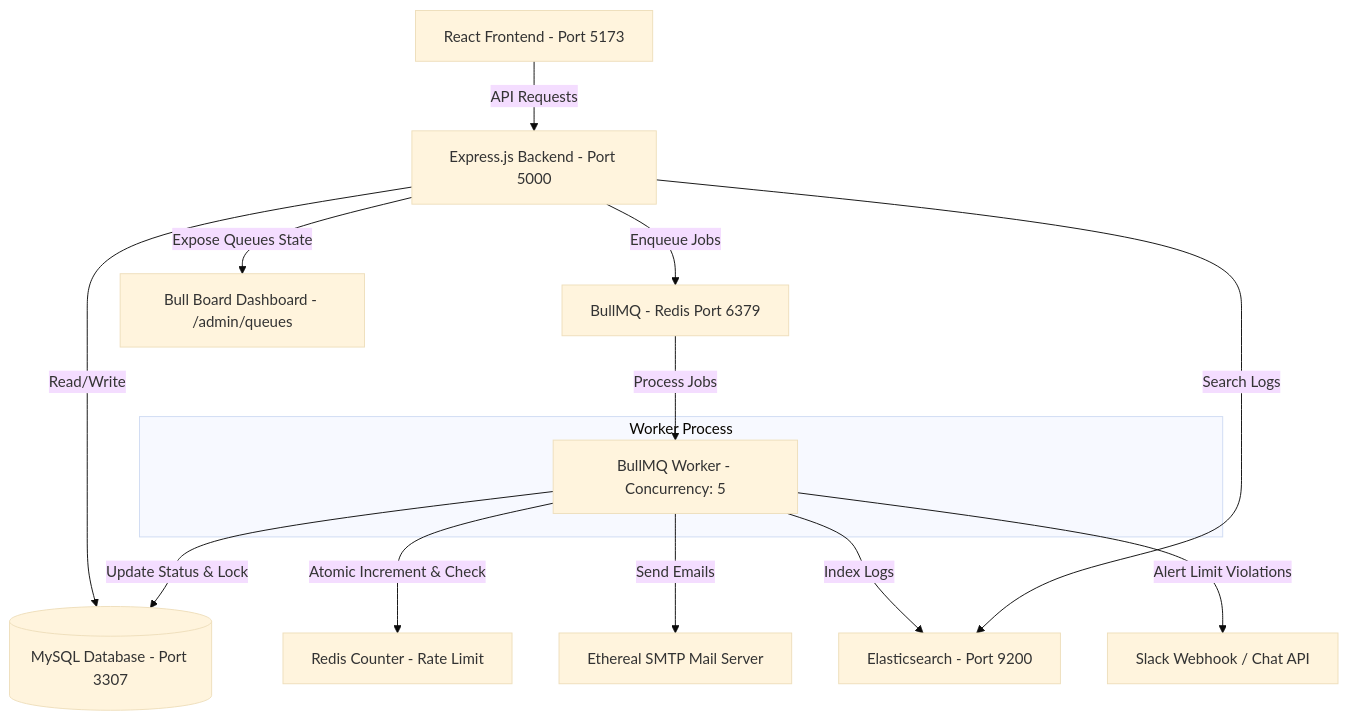
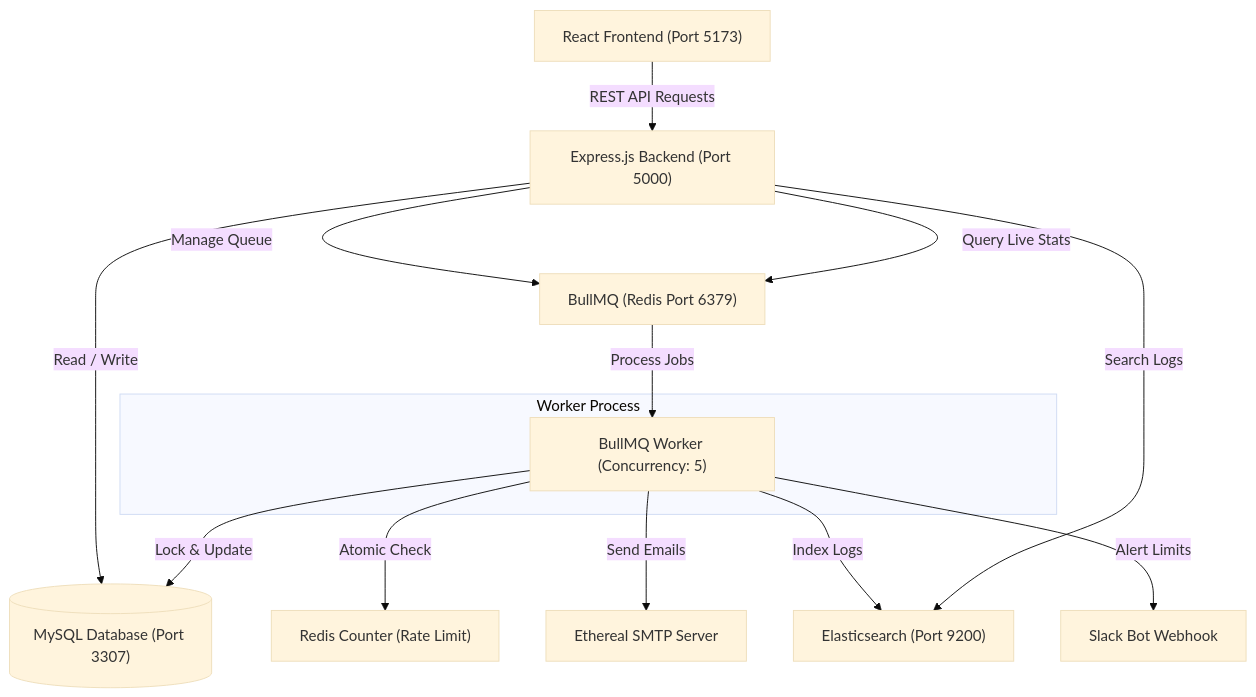
Before and after one commit to Vidharshana06-web/ReachInbox: the diagram in README.md, drawn with Mermaid (base theme). The commit also changed other lines of this file and 17 other files, not shown here.

````diff
--- a/README.md
+++ b/README.md
@@ -11,20 +13,20 @@
 ```mermaid
 graph TD
-    ReactApp[React Frontend - Port 5173] -->|API Requests| ExpressServer[Express.js Backend - Port 5000]
-    ExpressServer -->|Read/Write| MySQL[(MySQL Database - Port 3307)]
-    ExpressServer -->|Enqueue Jobs| BullQueue[BullMQ - Redis Port 6379]
+    ReactApp["React Frontend (Port 5173)"] -->|REST API Requests| ExpressServer["Express.js Backend (Port 5000)"]
+    ExpressServer -->|Read / Write| MySQL[("MySQL Database (Port 3307)")]
+    ExpressServer -->|Manage Queue| BullQueue["BullMQ (Redis Port 6379)"]
     
-    subgraph Workers [Worker Process]
-        EmailWorker[BullMQ Worker - Concurrency: 5]
+    subgraph Workers ["Worker Process"]
+        EmailWorker["BullMQ Worker (Concurrency: 5)"]
     end
     
     BullQueue -->|Process Jobs| EmailWorker
-    EmailWorker -->|Atomic Increment & Check| RedisRate[Redis Counter - Rate Limit]
-    EmailWorker -->|Update Status & Lock| MySQL
-    EmailWorker -->|Send Emails| Ethereal[Ethereal SMTP Mail Server]
-    EmailWorker -->|Index Logs| Elasticsearch[Elasticsearch - Port 9200]
-    EmailWorker -->|Alert Limit Violations| SlackAPI[Slack Webhook / Chat API]
+    EmailWorker -->|Atomic Check| RedisRate["Redis Counter (Rate Limit)"]
+    EmailWorker -->|Lock & Update| MySQL
+    EmailWorker -->|Send Emails| Ethereal["Ethereal SMTP Server"]
+    EmailWorker -->|Index Logs| Elasticsearch["Elasticsearch (Port 9200)"]
+    EmailWorker -->|Alert Limits| SlackAPI["Slack Bot Webhook"]
     
     ExpressServer -->|Search Logs| Elasticsearch
-    ExpressServer -->|Expose Queues State| BullBoard[Bull Board Dashboard - /admin/queues]
+    ExpressServer -->|Query Live Stats| BullQueue
 ```
````
